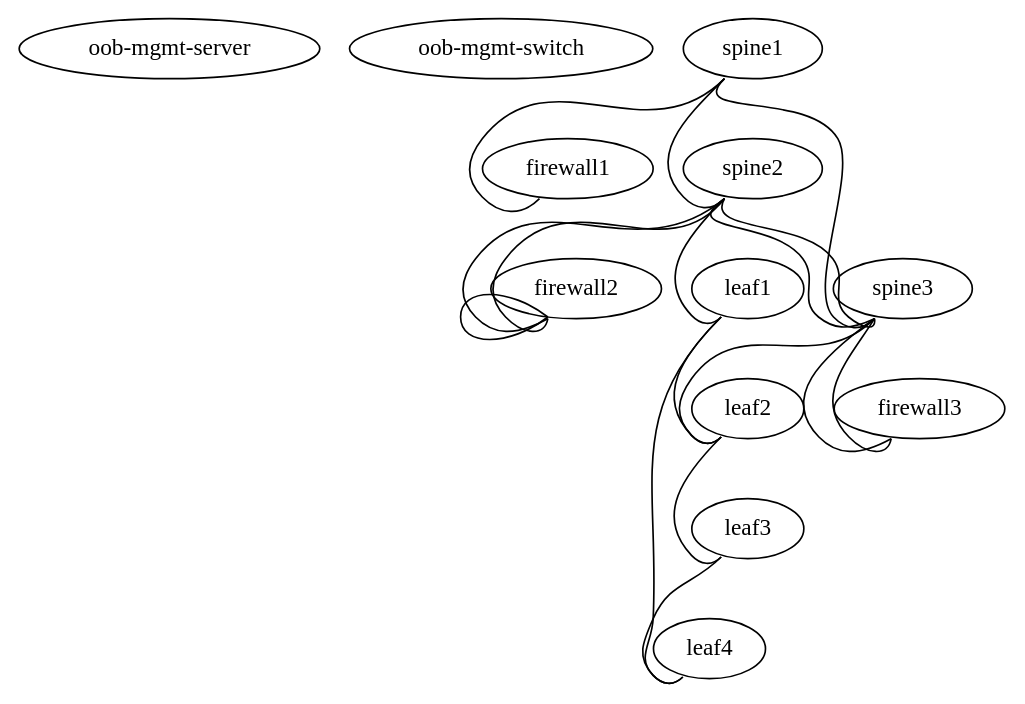
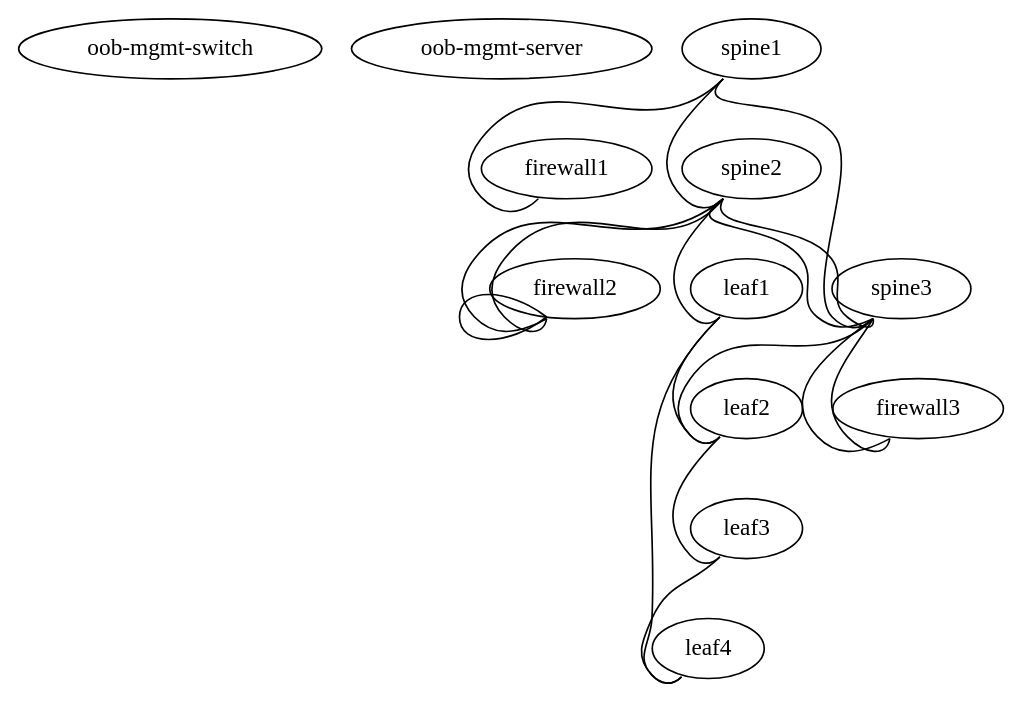
The diagram in demo.dot (naturalis/oss-network-demo), drawn with Graphviz before and after one commit.

```diff
--- a/demo.dot
+++ b/demo.dot
@@ -1,39 +1,39 @@
 graph demo {
- "oob-mgmt-server" [function="oob-server" config="./helper_scripts/oob_switch_config.sh" mgmt_ip="192.168.200.254/24"]
  "oob-mgmt-switch" [function="oob-switch" config="./helper_scripts/oob_switch_config.sh" mgmt_ip="192.168.200.100"]
+ "oob-mgmt-server" [function="oob-server" mgmt_ip="192.168.200.254/24"]
 
  "firewall1" [function="fake"]
  "firewall2" [function="fake"]
  "firewall3" [function="fake"]
 
  "spine1" [function="spine" config="./helper_scripts/extra_switch_config.sh" mgmt_ip="192.168.200.1"]
  "spine2" [function="spine" config="./helper_scripts/extra_switch_config.sh" mgmt_ip="192.168.200.2"]
  "spine3" [function="spine" config="./helper_scripts/extra_switch_config.sh" mgmt_ip="192.168.200.3"]
   
  "leaf1" [function="leaf" config="./helper_scripts/extra_switch_config.sh" mgmt_ip="192.168.200.10"]
  "leaf2" [function="leaf" config="./helper_scripts/extra_switch_config.sh" mgmt_ip="192.168.200.20"]
  "leaf3" [function="leaf" config="./helper_scripts/extra_switch_config.sh" mgmt_ip="192.168.200.30"]
  "leaf4" [function="leaf" config="./helper_scripts/extra_switch_config.sh" mgmt_ip="192.168.200.40"]
 
    "spine1":"swp47" -- "firewall1":"swp1"
    "spine1":"swp1" -- "spine2":"swp47"
    "spine1":"swp2" -- "spine3":"swp47"
    
    "spine2":"swp45" -- "firewall2":"swp0"
    "spine2":"swp46" -- "firewall2":"swp1"
    "spine3":"swp45" -- "firewall3":"swp0"
    "spine3":"swp46" -- "firewall3":"swp1"
    
    "firewall2":"swp2" -- "firewall2":"swp3"
 
    "spine2":"swp49" -- "spine3":"swp49"
    "spine2":"swp50" -- "spine3":"swp50"
 
    "spine2":"swp1" -- "leaf1":"swp52"
    "spine3":"swp1" -- "leaf2":"swp52"
 
    "leaf1":"swp50" -- "leaf2":"swp50"
    "leaf3":"swp50" -- "leaf4":"swp50"
    "leaf1":"swp49" -- "leaf4":"swp52"
    "leaf2":"swp49" -- "leaf3":"swp52"
 }
```
